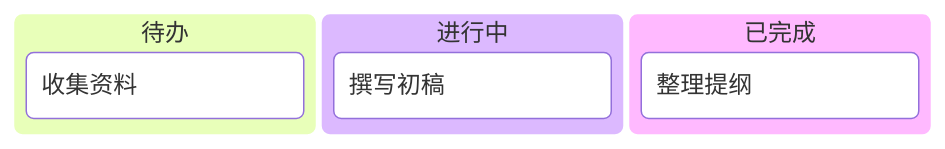
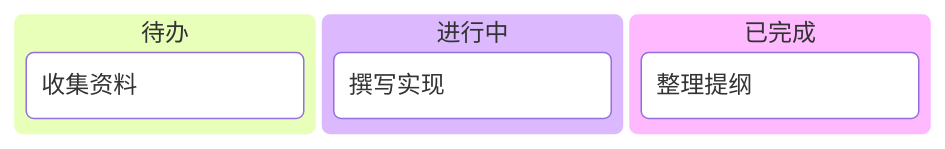
Before and after one commit to dotnet9/Vex: the eighth of 22 diagrams in docs/演示文档/Mermaid 图表图鉴.md, drawn with Mermaid. The commit also changed other lines of this file and 11 other files, not shown here.

````diff
--- a/docs/演示文档/Mermaid 图表图鉴.md
+++ b/docs/演示文档/Mermaid 图表图鉴.md
@@ -98,9 +106,9 @@
 ```mermaid
 kanban
   todo[待办]
     a[收集资料]
   doing[进行中]
-    b[撰写初稿]
+    b[撰写实现]
   done[已完成]
     c[整理提纲]
 ```
````
